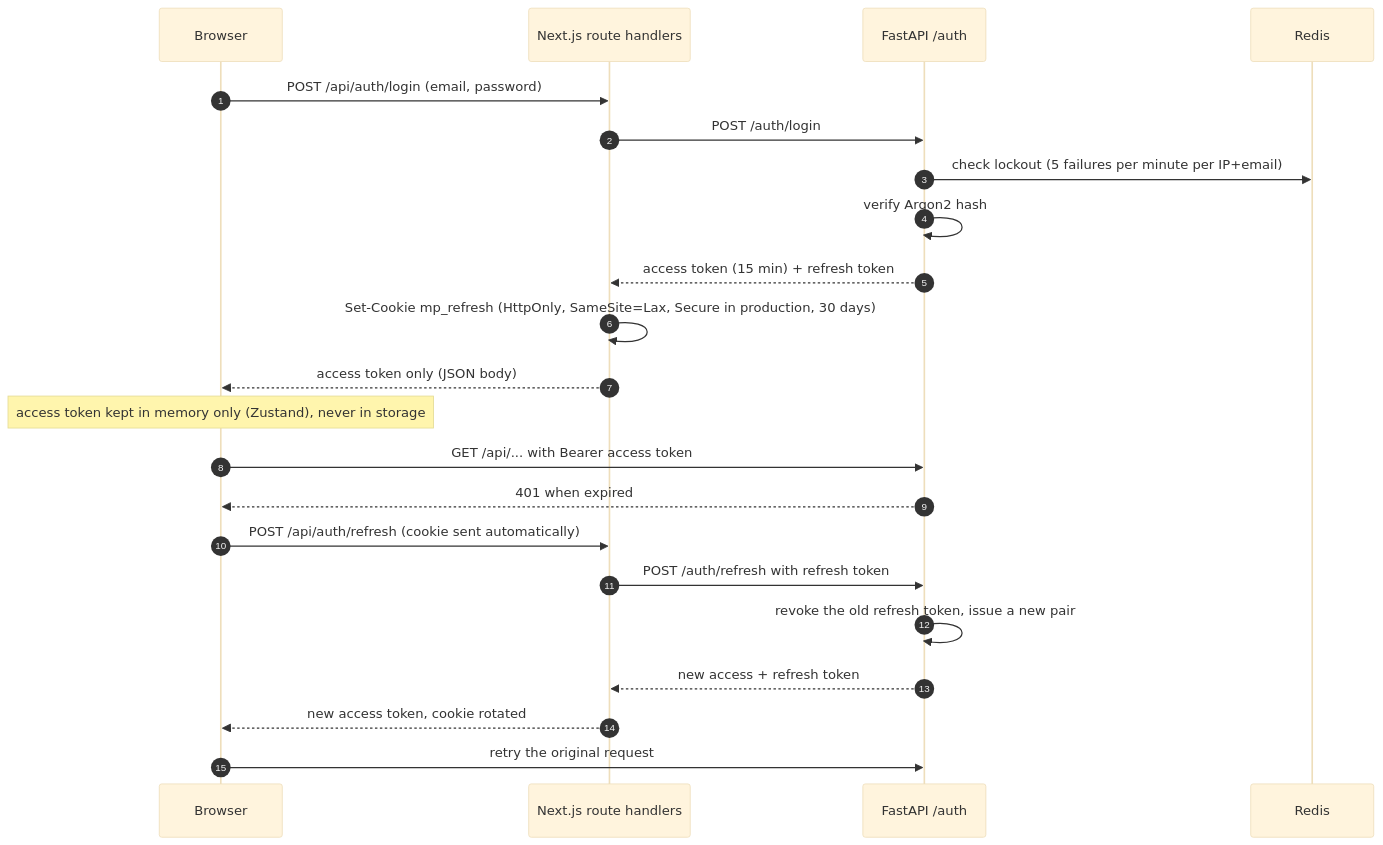
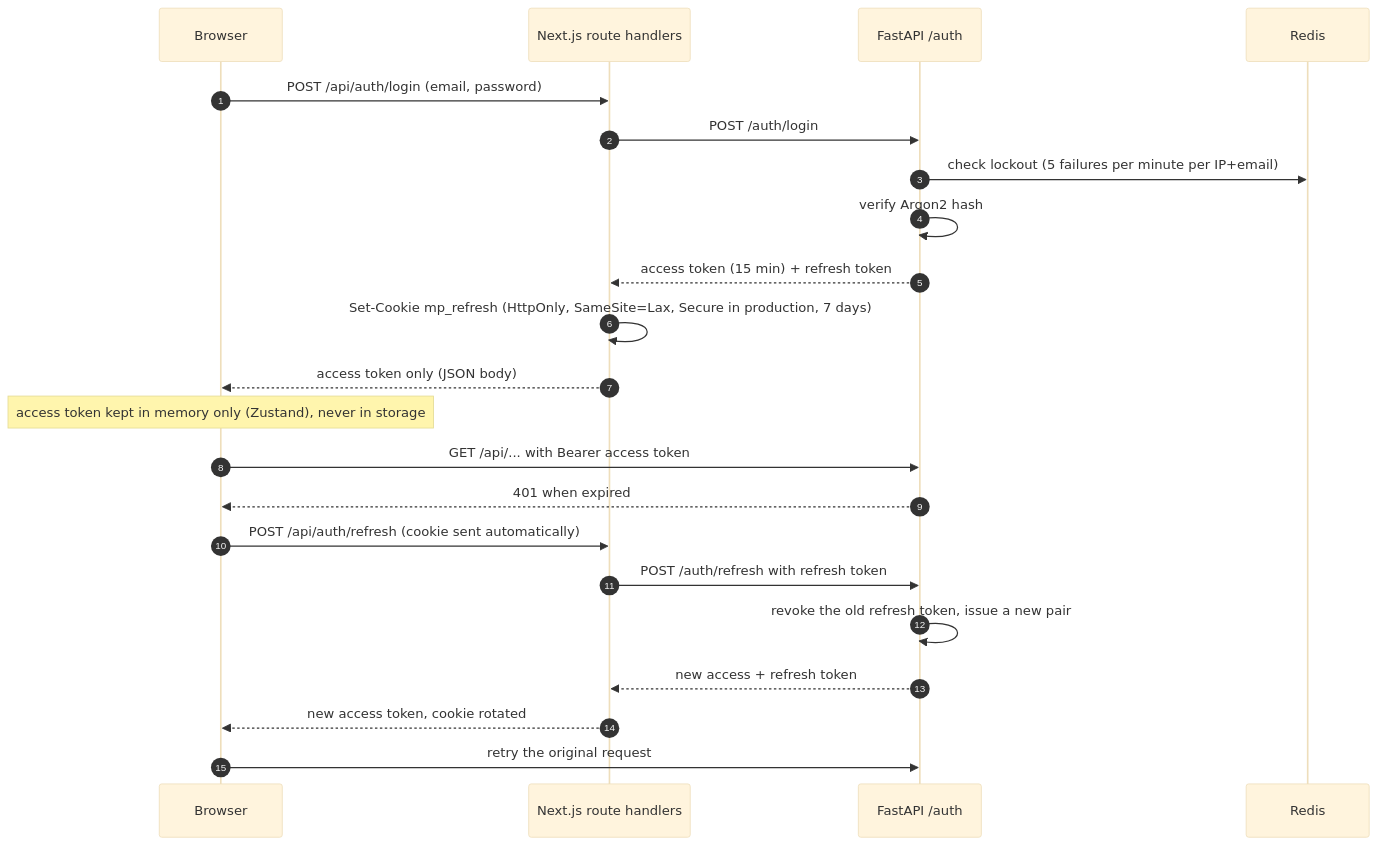
Before and after one commit to shrxprxyx/MarketPilot: the fifth of 15 diagrams in README.md, drawn with Mermaid (base theme). The commit also changed 3 other files, not shown here.

Commit message:
[fix(auth)] : set refresh token lifetime to 7 days and add a jti to access tokens

````diff
--- a/README.md
+++ b/README.md
@@ -335,25 +335,25 @@
 ```mermaid
 sequenceDiagram
     autonumber
     participant B as Browser
     participant N as Next.js route handlers
     participant A as FastAPI /auth
     participant R as Redis
 
     B->>N: POST /api/auth/login (email, password)
     N->>A: POST /auth/login
     A->>R: check lockout (5 failures per minute per IP+email)
     A->>A: verify Argon2 hash
     A-->>N: access token (15 min) + refresh token
-    N->>N: Set-Cookie mp_refresh (HttpOnly, SameSite=Lax, Secure in production, 30 days)
+    N->>N: Set-Cookie mp_refresh (HttpOnly, SameSite=Lax, Secure in production, 7 days)
     N-->>B: access token only (JSON body)
     Note over B: access token kept in memory only (Zustand), never in storage
     B->>A: GET /api/... with Bearer access token
     A-->>B: 401 when expired
     B->>N: POST /api/auth/refresh (cookie sent automatically)
     N->>A: POST /auth/refresh with refresh token
     A->>A: revoke the old refresh token, issue a new pair
     A-->>N: new access + refresh token
     N-->>B: new access token, cookie rotated
     B->>A: retry the original request
 ```
````
